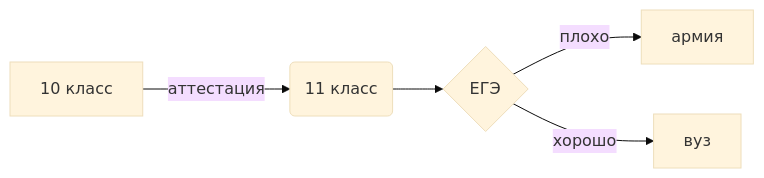
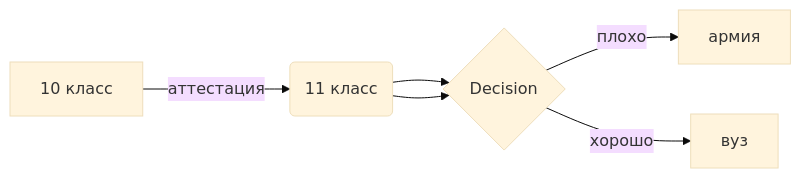
The diagram in README.md (AndreDem135/FirstRepository), drawn with Mermaid (base theme) before and after one commit.

````diff
--- a/README.md
+++ b/README.md
@@ -52,8 +52,9 @@
 ```mermaid
 flowchart LR
 
 A[10 класс] -->|аттестация| B(11 класс)
 B --> C{ЕГЭ}
+B --> C{Decision}
 C -->|плохо| D[армия]
 C -->|хорошо| E[вуз]
 ```
````
